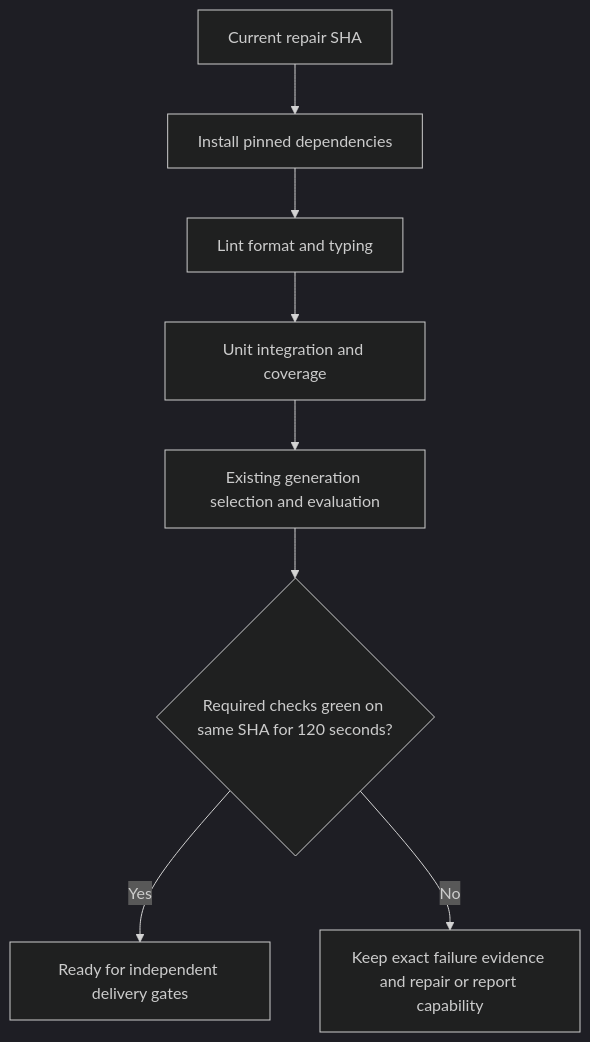
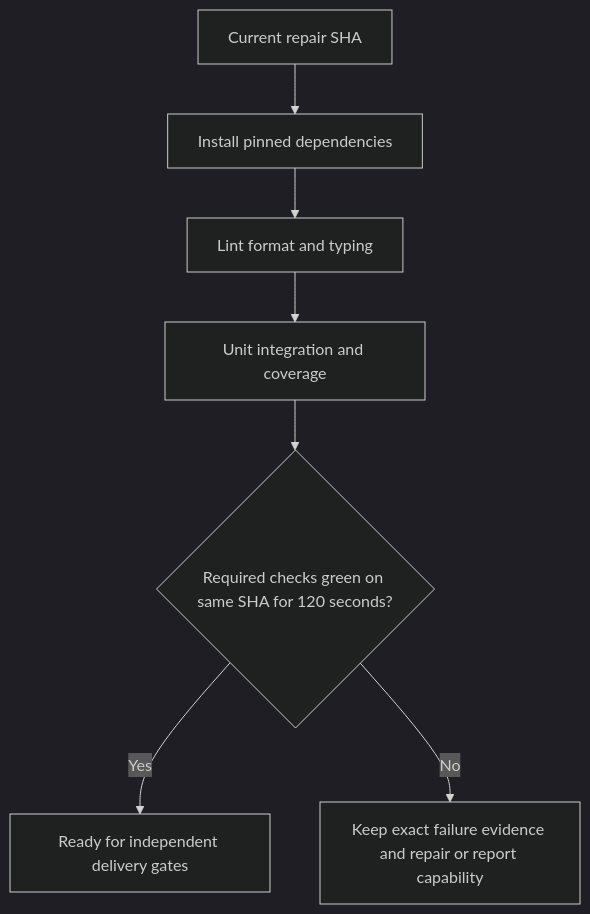
Before and after one commit to julien-m/livespec: the diagram in .specs/features/079-validator-ci-prerequisites/spec.md, drawn with Mermaid (dark theme). The commit also changed other lines of this file and 17 other files, not shown here.

````diff
--- a/.specs/features/079-validator-ci-prerequisites/spec.md
+++ b/.specs/features/079-validator-ci-prerequisites/spec.md
@@ -50,10 +60,9 @@
 ```mermaid
 flowchart TD
  A[Current repair SHA] --> B[Install pinned dependencies]
  B --> C[Lint format and typing]
  C --> D[Unit integration and coverage]
- D --> E[Existing generation selection and evaluation]
- E --> F{Required checks green on same SHA for 120 seconds?}
+ D --> F{Required checks green on same SHA for 120 seconds?}
  F -->|Yes| G[Ready for independent delivery gates]
  F -->|No| H[Keep exact failure evidence and repair or report capability]
 ```
````
